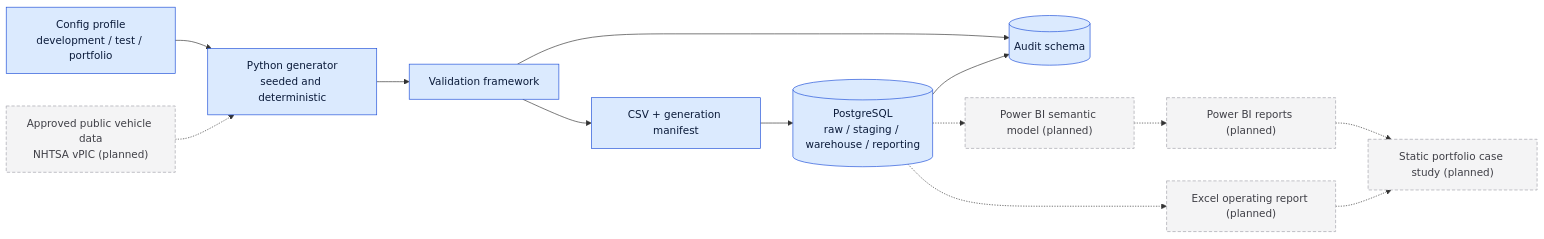
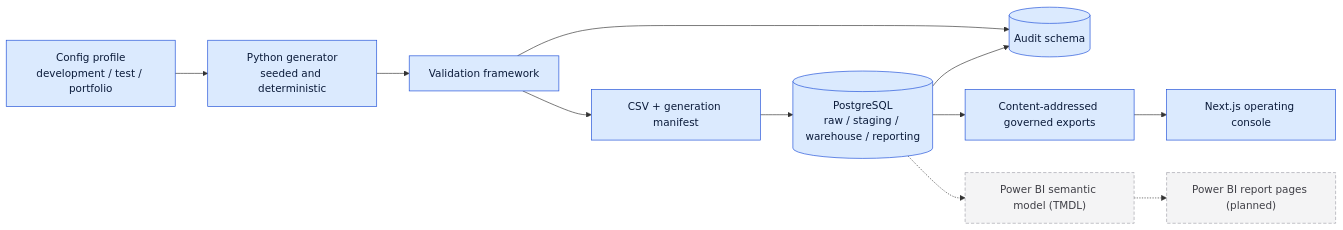
The second of 2 diagrams in README.md (mpalmer79/Automotive-Retail-Performance-Intelligence), drawn with Mermaid before and after one commit. The commit also changed other lines of this file and 9 other files, not shown here.

````diff
--- a/README.md
+++ b/README.md
@@ -214,32 +143,29 @@
 ```mermaid
 flowchart LR
     CFG["Config profile<br/>development / test / portfolio"]
     GEN["Python generator<br/>seeded and deterministic"]
     VAL["Validation framework"]
     CSV["CSV + generation manifest"]
     PG[("PostgreSQL<br/>raw / staging / warehouse / reporting")]
     AUD[("Audit schema")]
-    PUB["Approved public vehicle data<br/>NHTSA vPIC (planned)"]
-    PBI["Power BI semantic model (planned)"]
-    RPT["Power BI reports (planned)"]
-    XLS["Excel operating report (planned)"]
-    CASE["Static portfolio case study (planned)"]
+    EXP["Content-addressed governed exports"]
+    WEB["Next.js operating console"]
+    PBI["Power BI semantic model (TMDL)"]
+    RPT["Power BI report pages (planned)"]
 
     CFG --> GEN
-    PUB -.-> GEN
     GEN --> VAL
     VAL --> CSV
     CSV --> PG
     VAL --> AUD
     PG --> AUD
+    PG --> EXP
+    EXP --> WEB
     PG -.-> PBI
     PBI -.-> RPT
-    PG -.-> XLS
-    RPT -.-> CASE
-    XLS -.-> CASE
 
     classDef now fill:#dbeafe,stroke:#1d4ed8,color:#0b1b3a
     classDef planned fill:#f4f4f5,stroke:#a1a1aa,color:#3f3f46,stroke-dasharray: 5 3
-    class CFG,GEN,VAL,CSV,PG,AUD now
-    class PUB,PBI,RPT,XLS,CASE planned
+    class CFG,GEN,VAL,CSV,PG,AUD,EXP,WEB now
+    class PBI,RPT planned
 ```
````
